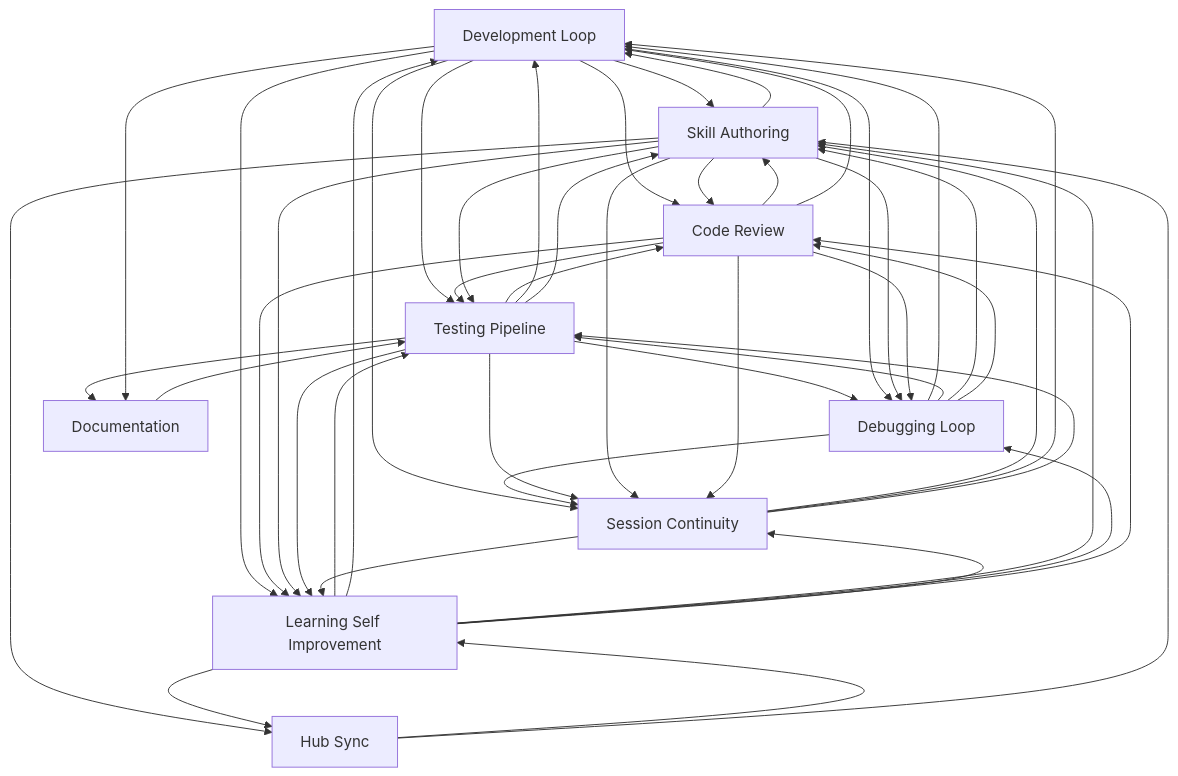
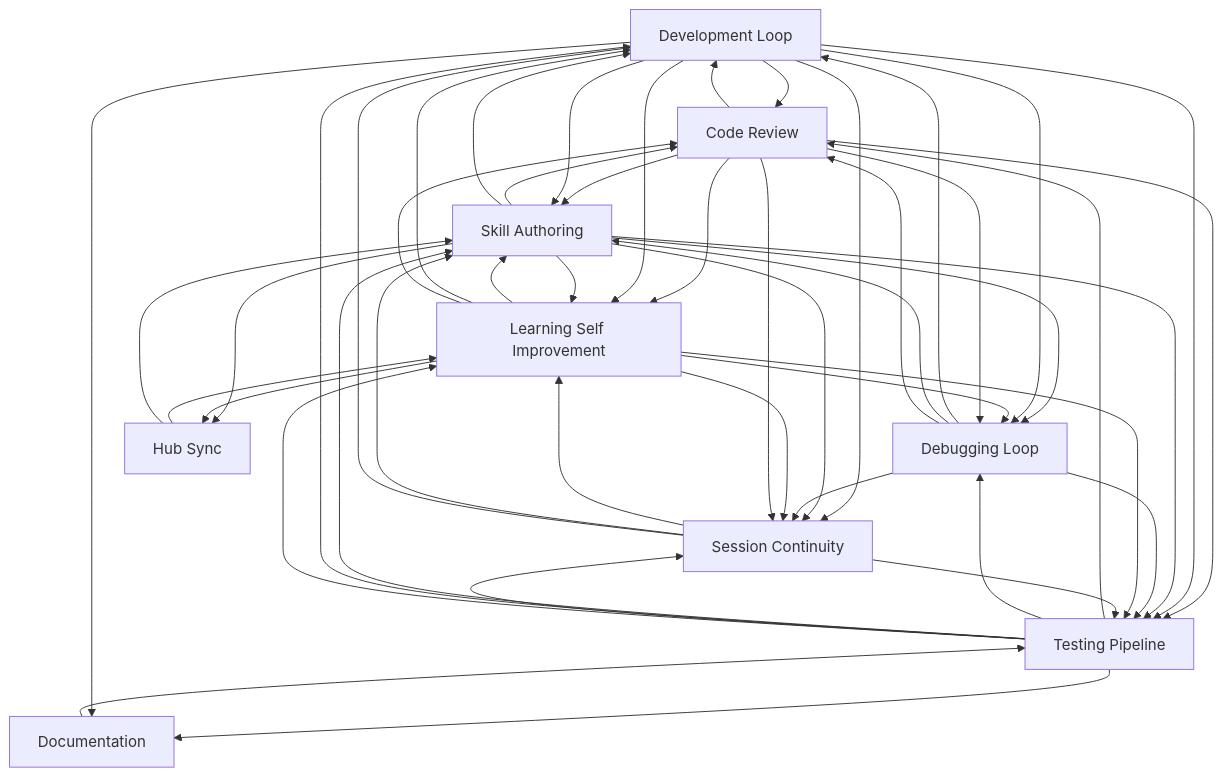
The diagram in docs/workflows/INDEX.md (abhayla/claude-best-practices), drawn with Mermaid before and after one commit. The commit also changed other lines of this file and 11 other files, not shown here.

````diff
--- a/docs/workflows/INDEX.md
+++ b/docs/workflows/INDEX.md
@@ -21,58 +21,58 @@
 ```mermaid
 graph TD
     development_loop[Development Loop]
     testing_pipeline[Testing Pipeline]
     debugging_loop[Debugging Loop]
     learning_self_improvement[Learning Self Improvement]
     session_continuity[Session Continuity]
     skill_authoring[Skill Authoring]
     code_review[Code Review]
     documentation[Documentation]
     hub_sync[Hub Sync]
     documentation --> testing_pipeline
-    development_loop --> skill_authoring
-    development_loop --> code_review
     code_review --> skill_authoring
     code_review --> development_loop
+    development_loop --> code_review
+    development_loop --> skill_authoring
+    code_review --> learning_self_improvement
+    code_review --> testing_pipeline
+    development_loop --> learning_self_improvement
     development_loop --> testing_pipeline
-    development_loop --> learning_self_improvement
-    code_review --> testing_pipeline
-    code_review --> learning_self_improvement
     testing_pipeline --> code_review
     testing_pipeline --> debugging_loop
+    testing_pipeline --> skill_authoring
     testing_pipeline --> development_loop
-    testing_pipeline --> skill_authoring
+    skill_authoring --> code_review
     skill_authoring --> development_loop
-    skill_authoring --> code_review
+    skill_authoring --> learning_self_improvement
     skill_authoring --> testing_pipeline
-    skill_authoring --> learning_self_improvement
     development_loop --> session_continuity
+    skill_authoring --> session_continuity
+    testing_pipeline --> session_continuity
+    debugging_loop --> session_continuity
     debugging_loop --> development_loop
-    debugging_loop --> session_continuity
-    testing_pipeline --> session_continuity
-    skill_authoring --> session_continuity
-    debugging_loop --> testing_pipeline
+    skill_authoring --> debugging_loop
     debugging_loop --> skill_authoring
     debugging_loop --> code_review
+    debugging_loop --> testing_pipeline
     development_loop --> debugging_loop
-    skill_authoring --> debugging_loop
+    learning_self_improvement --> skill_authoring
+    learning_self_improvement --> development_loop
+    learning_self_improvement --> code_review
+    learning_self_improvement --> debugging_loop
     learning_self_improvement --> testing_pipeline
-    learning_self_improvement --> development_loop
-    learning_self_improvement --> skill_authoring
-    learning_self_improvement --> debugging_loop
-    learning_self_improvement --> code_review
     code_review --> debugging_loop
-    testing_pipeline --> learning_self_improvement
     learning_self_improvement --> session_continuity
     code_review --> session_continuity
+    testing_pipeline --> learning_self_improvement
     session_continuity --> learning_self_improvement
     session_continuity --> skill_authoring
     testing_pipeline --> documentation
     development_loop --> documentation
     session_continuity --> development_loop
     session_continuity --> testing_pipeline
     skill_authoring --> hub_sync
     learning_self_improvement --> hub_sync
     hub_sync --> learning_self_improvement
     hub_sync --> skill_authoring
 ```
````
